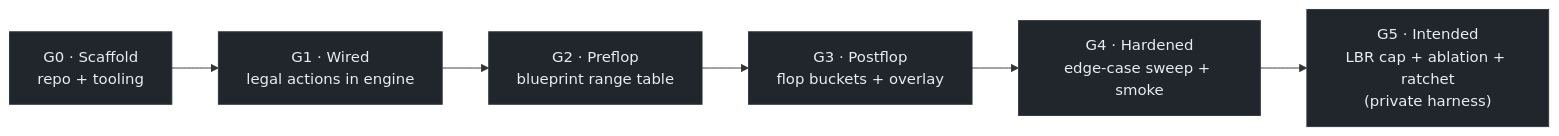
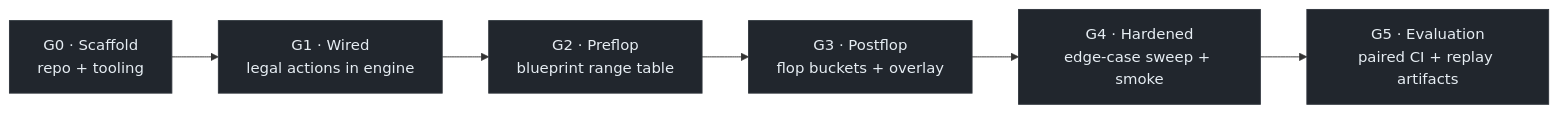
The second of 2 diagrams in README.md (ZealousEar/PokerBot), drawn with Mermaid before and after one commit. The commit also changed other lines of this file and 35 other files, not shown here.

````diff
--- a/README.md
+++ b/README.md
@@ -227,12 +246,12 @@
 ```mermaid
 flowchart LR
     G0["G0 · Scaffold<br/>repo + tooling"]
     G1["G1 · Wired<br/>legal actions in engine"]
     G2["G2 · Preflop<br/>blueprint range table"]
     G3["G3 · Postflop<br/>flop buckets + overlay"]
     G4["G4 · Hardened<br/>edge-case sweep + smoke"]
-    G5["G5 · Intended<br/>LBR cap + ablation + ratchet<br/>(private harness)"]
+    G5["G5 · Evaluation<br/>paired CI + replay artifacts"]
     G0 --> G1 --> G2 --> G3 --> G4 --> G5
     classDef gate fill:#21262d,color:#e6edf3,stroke:#30363d;
     class G0,G1,G2,G3,G4,G5 gate;
 ```
````
